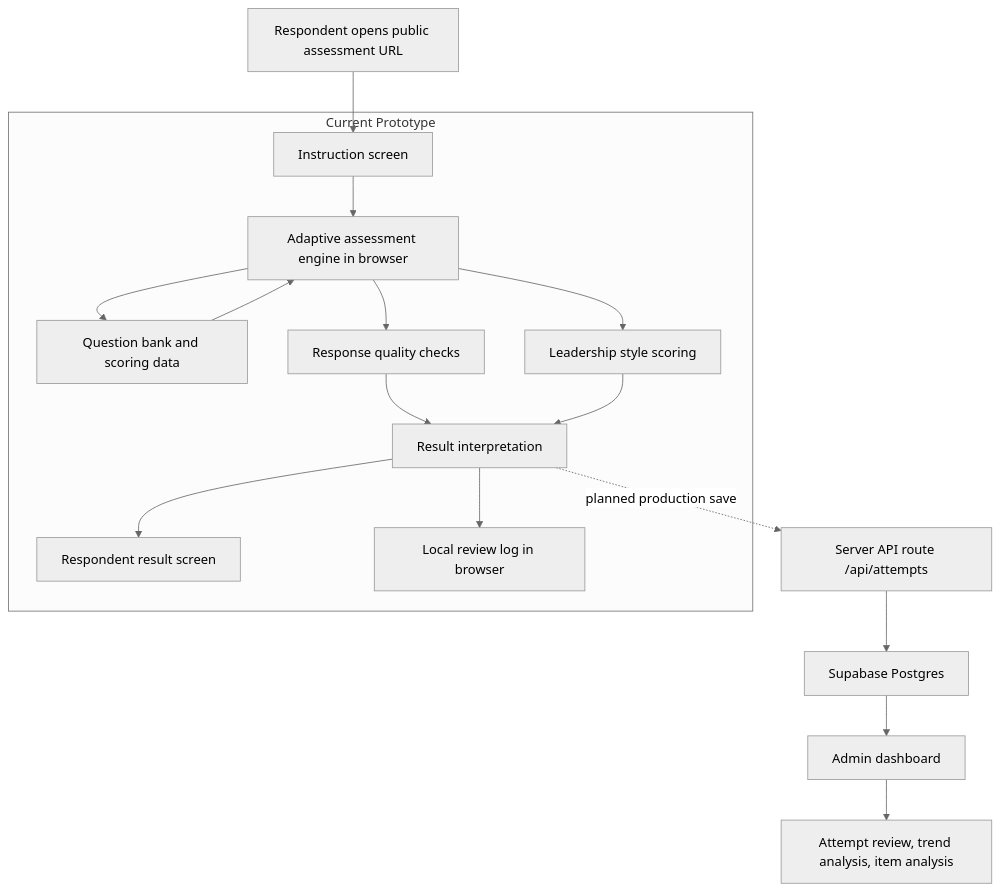
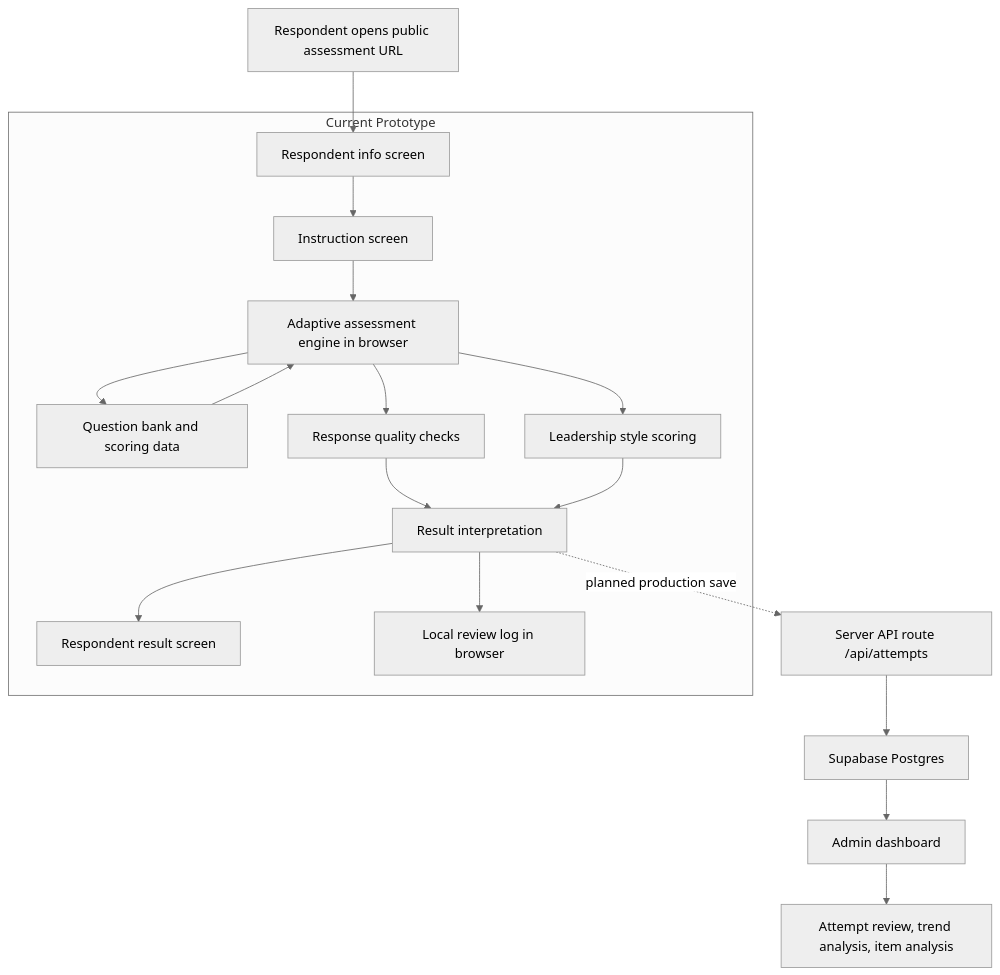
One commit to campojo/2.0_Leadership changed the first of 3 diagrams in ARCHITECTURE_OVERVIEW.md. Above: the diagram before and after it, drawn with Mermaid (neutral theme). The commit also changed other lines of this file and 5 other files, not shown here.

Commit message:
Collect respondent identity before assessment

````diff
--- a/ARCHITECTURE_OVERVIEW.md
+++ b/ARCHITECTURE_OVERVIEW.md
@@ -42,29 +42,31 @@
 ```mermaid
 flowchart TD
-  A["Respondent opens public assessment URL"] --> B["Instruction screen"]
+  A["Respondent opens public assessment URL"] --> N["Respondent info screen"]
+  N --> B["Instruction screen"]
   B --> C["Adaptive assessment engine in browser"]
   C --> D["Question bank and scoring data"]
   D --> C
   C --> E["Response quality checks"]
   C --> F["Leadership style scoring"]
   E --> G["Result interpretation"]
   F --> G
   G --> H["Respondent result screen"]
   G --> I["Local review log in browser"]
 
   subgraph CurrentPrototype["Current Prototype"]
     B
+    N
     C
     D
     E
     F
     G
     H
     I
   end
 
   G -. "planned production save" .-> J["Server API route /api/attempts"]
   J --> K["Supabase Postgres"]
   K --> L["Admin dashboard"]
   L --> M["Attempt review, trend analysis, item analysis"]
 ```
````
